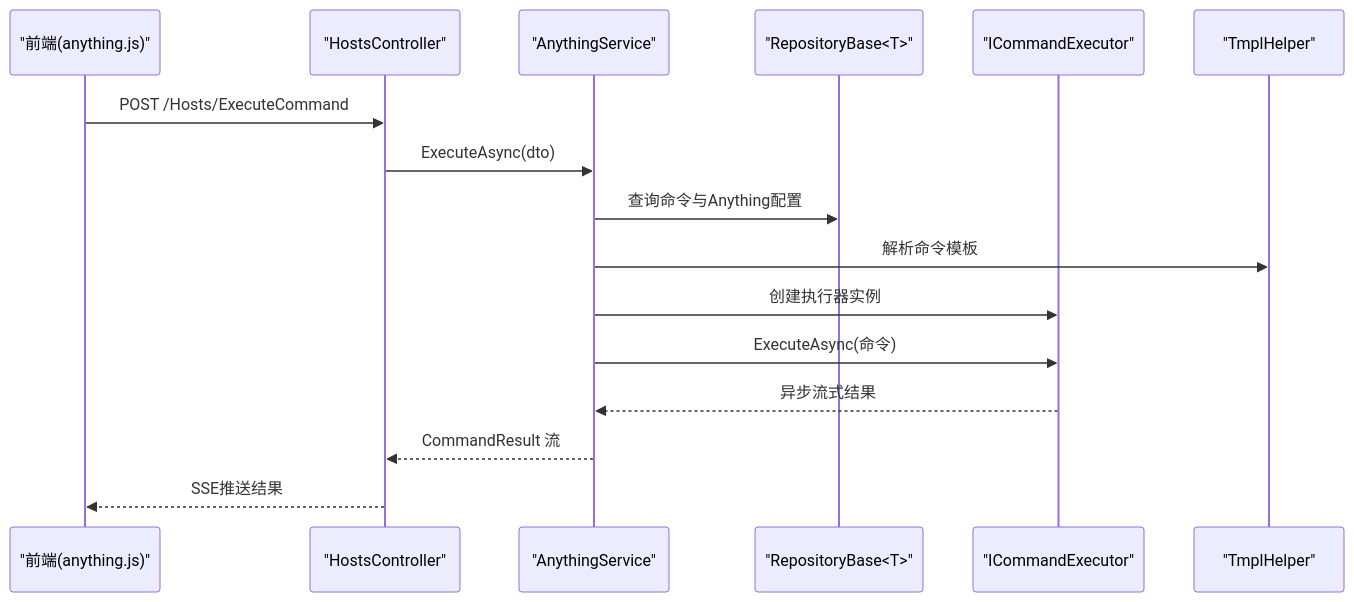
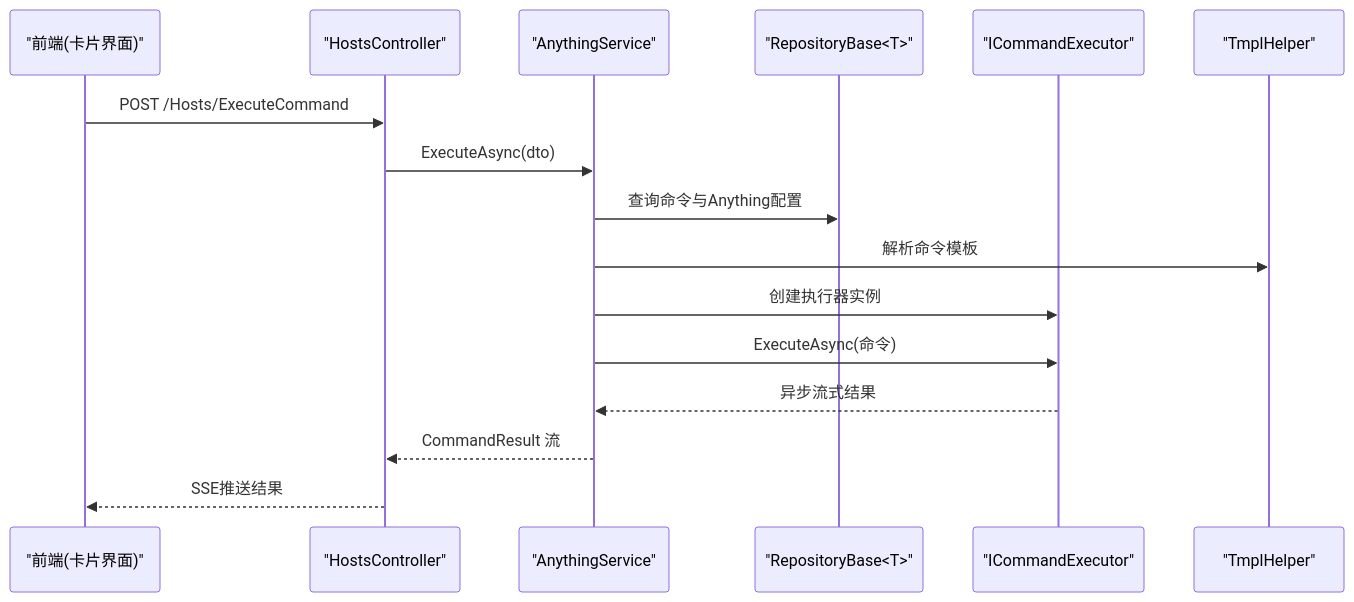
The second of 6 diagrams in .qoder/repowiki/zh/content/远程主机管理模块/远程主机管理模块.md (Sosososolong/AirGo), drawn with Mermaid before and after one commit. The commit also changed other lines of this file and 22 other files, not shown here.

````diff
--- a/.qoder/repowiki/zh/content/远程主机管理模块/远程主机管理模块.md
+++ b/.qoder/repowiki/zh/content/远程主机管理模块/远程主机管理模块.md
@@ -130,18 +148,18 @@
 ```mermaid
 sequenceDiagram
-participant FE as "前端(anything.js)"
+participant FE as "前端(卡片界面)"
 participant CTRL as "HostsController"
 participant SVC as "AnythingService"
 participant REPO as "RepositoryBase<T>"
 participant EXEC as "ICommandExecutor"
 participant TMPL as "TmplHelper"
 FE->>CTRL : POST /Hosts/ExecuteCommand
 CTRL->>SVC : ExecuteAsync(dto)
 SVC->>REPO : 查询命令与Anything配置
 SVC->>TMPL : 解析命令模板
 SVC->>EXEC : 创建执行器实例
 SVC->>EXEC : ExecuteAsync(命令)
 EXEC-->>SVC : 异步流式结果
 SVC-->>CTRL : CommandResult 流
 CTRL-->>FE : SSE推送结果
 ```
````
